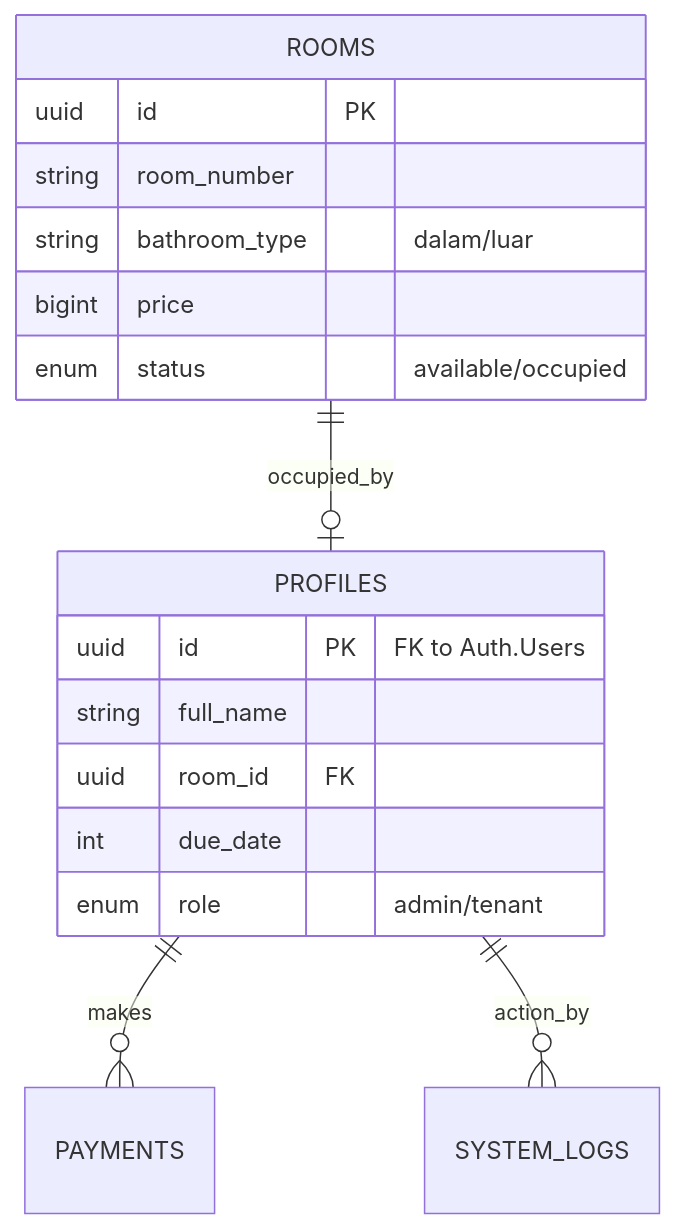
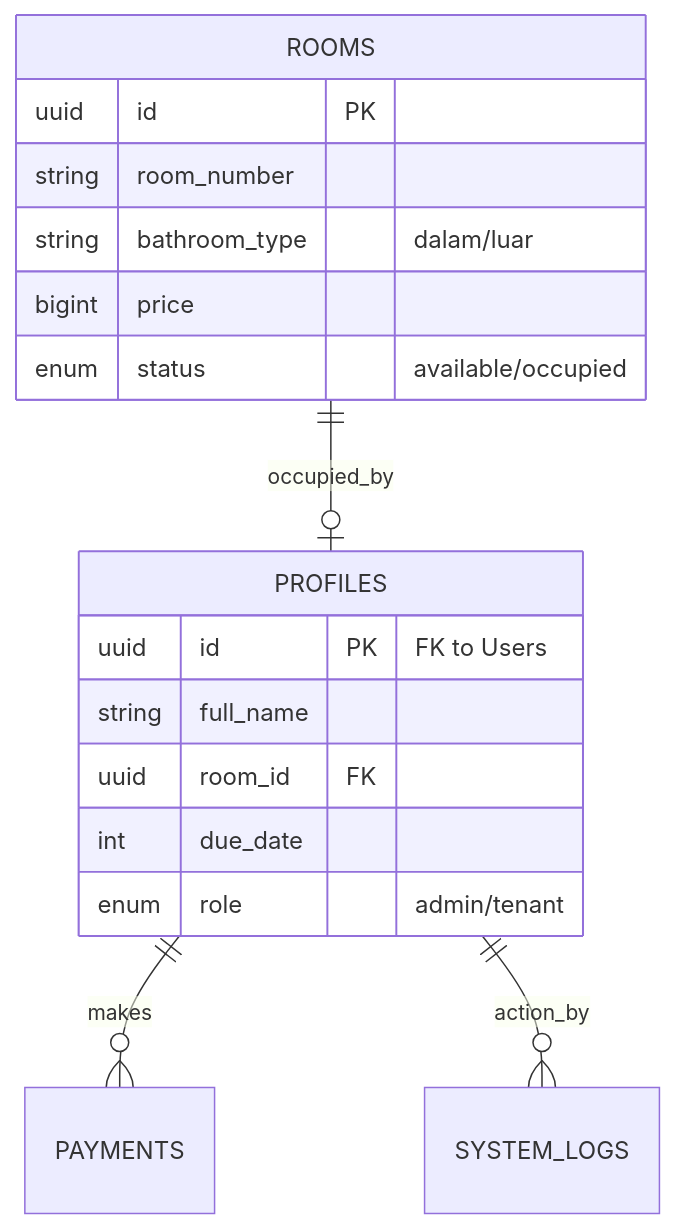
One commit to Maan-py/KeppelKos changed the diagram in docs/PROJECT_PLAN.md. Above: the diagram before and after it, drawn with Mermaid. The commit also changed other lines of this file and 5 other files, not shown here.

````diff
--- a/docs/PROJECT_PLAN.md
+++ b/docs/PROJECT_PLAN.md
@@ -34,21 +38,21 @@
 ```mermaid
 erDiagram
     ROOMS ||--o| PROFILES : "occupied_by"
     PROFILES ||--o{ PAYMENTS : "makes"
     PROFILES ||--o{ SYSTEM_LOGS : "action_by"
 
     ROOMS {
         uuid id PK
         string room_number
         string bathroom_type "dalam/luar"
         bigint price
         enum status "available/occupied"
     }
     PROFILES {
-        uuid id PK "FK to Auth.Users"
+        uuid id PK "FK to Users"
         string full_name
         uuid room_id FK
         int due_date
         enum role "admin/tenant"
     }
 ```
````
